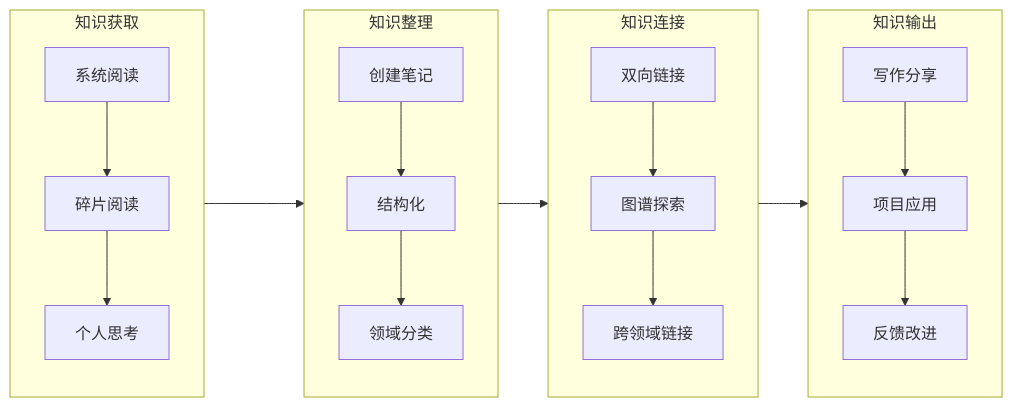
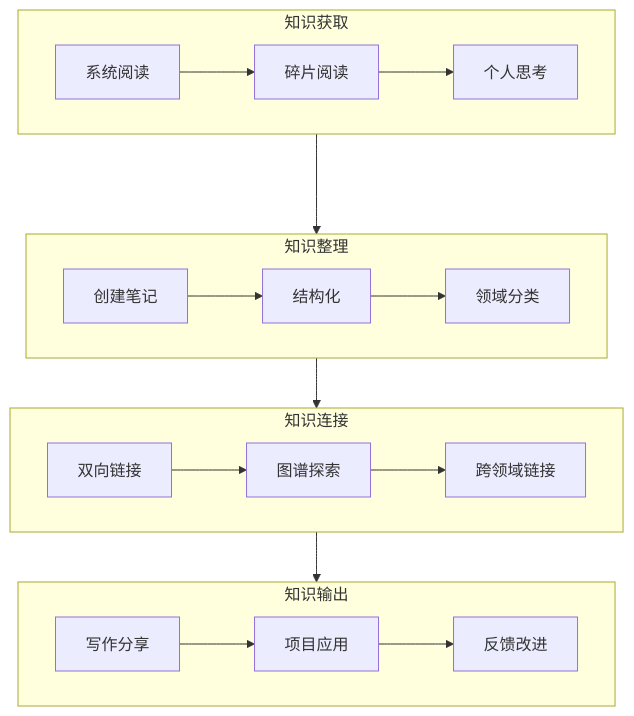
One commit to xtoolism/xtool changed the fourth of 5 diagrams in content/obsidian-method.md. Above: the diagram before and after it, drawn with Mermaid. The commit also changed other lines of this file and 44 other files, not shown here.

````diff
--- a/content/obsidian-method.md
+++ b/content/obsidian-method.md
@@ -53,25 +53,25 @@
 ```mermaid
-flowchart LR
+flowchart 
     subgraph 知识获取
     B1[系统阅读] --> B2[碎片阅读]
     B2 --> B3[个人思考]
     end
 
     subgraph 知识整理
     C1[创建笔记] --> C2[结构化]
     C2 --> C3[领域分类]
     end
 
     subgraph 知识连接
     D1[双向链接] --> D2[图谱探索]
     D2 --> D3[跨领域链接]
     end
 
     subgraph 知识输出
     E1[写作分享] --> E2[项目应用]
     E2 --> E3[反馈改进]
     end
 
 
 	知识获取---> 知识整理-->知识连接-->知识输出
 ```
````
